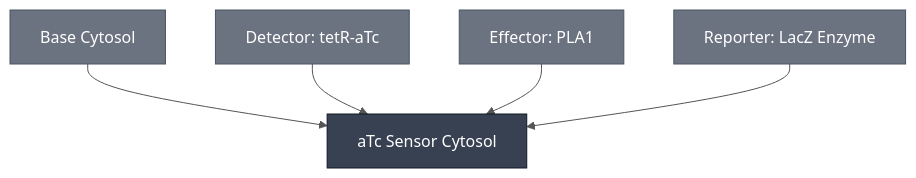
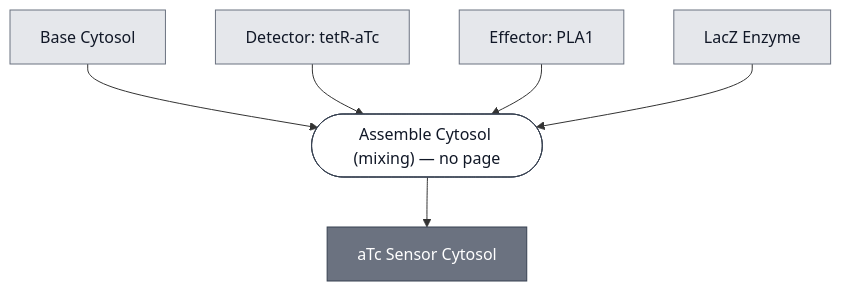
One commit to nucleus-eng/nucleus-docs changed the diagram in docs/modules/atc-sensor-cytosol/spec.md. Above: the diagram before and after it, drawn with Mermaid. The commit also changed 11 other files, not shown here.

````diff
--- a/docs/modules/atc-sensor-cytosol/spec.md
+++ b/docs/modules/atc-sensor-cytosol/spec.md
@@ -27,25 +27,30 @@
 ```mermaid
-%%{init: {'theme': 'base', 'themeVariables': {'lineColor': '#555555', 'edgeLabelBackground': '#ffffff'}}}%%
 flowchart TD
-    ATC_SENSOR_CYTOSOL["aTc Sensor Cytosol"]
     BASE_CYTOSOL["Base Cytosol"]
     DETECTOR_TETR_ATC["Detector: tetR-aTc"]
     EFFECTOR_PLA1["Effector: PLA1"]
-    REPORTER_LACZ_ENZYME["Reporter: LacZ Enzyme"]
+    REPORTER_LACZ_ENZYME["LacZ Enzyme"]
 
-    BASE_CYTOSOL --> ATC_SENSOR_CYTOSOL
-    DETECTOR_TETR_ATC --> ATC_SENSOR_CYTOSOL
-    EFFECTOR_PLA1 --> ATC_SENSOR_CYTOSOL
-    REPORTER_LACZ_ENZYME --> ATC_SENSOR_CYTOSOL
+    P1_ASSEMBLE_CYTOSOL_0(["Assemble Cytosol (mixing) — no page"])
+    ATC_SENSOR_CYTOSOL["aTc Sensor Cytosol"]
 
-    classDef constituent fill:#6B7280,color:#ffffff,stroke:#4B5563;
-    classDef this fill:#374151,color:#ffffff,stroke:#111827;
-    class BASE_CYTOSOL,DETECTOR_TETR_ATC,EFFECTOR_PLA1,REPORTER_LACZ_ENZYME constituent;
-    class ATC_SENSOR_CYTOSOL this;
+    BASE_CYTOSOL --> P1_ASSEMBLE_CYTOSOL_0
+    DETECTOR_TETR_ATC --> P1_ASSEMBLE_CYTOSOL_0
+    EFFECTOR_PLA1 --> P1_ASSEMBLE_CYTOSOL_0
+    REPORTER_LACZ_ENZYME --> P1_ASSEMBLE_CYTOSOL_0
+    P1_ASSEMBLE_CYTOSOL_0 --> ATC_SENSOR_CYTOSOL
 
-    click ATC_SENSOR_CYTOSOL "/docs/modules/atc-sensor-cytosol/spec"
+
+    classDef leaf     fill:#e5e7eb,stroke:#6b7280,color:#111827;
+    classDef composed fill:#6b7280,stroke:#374151,color:#ffffff;
+    classDef process  fill:#ffffff,stroke:#374151,color:#111827;
+    class BASE_CYTOSOL,DETECTOR_TETR_ATC,EFFECTOR_PLA1,REPORTER_LACZ_ENZYME leaf;
+    class ATC_SENSOR_CYTOSOL composed;
+    class P1_ASSEMBLE_CYTOSOL_0 process;
+
     click BASE_CYTOSOL "/docs/modules/base-cytosol/spec"
     click DETECTOR_TETR_ATC "/docs/modules/detector-tetr-atc/spec"
     click EFFECTOR_PLA1 "/docs/modules/effector-pla1/spec"
     click REPORTER_LACZ_ENZYME "/docs/modules/reporter-lacz-enzyme/spec"
+    click ATC_SENSOR_CYTOSOL "/docs/modules/atc-sensor-cytosol/spec"
 ```
````
